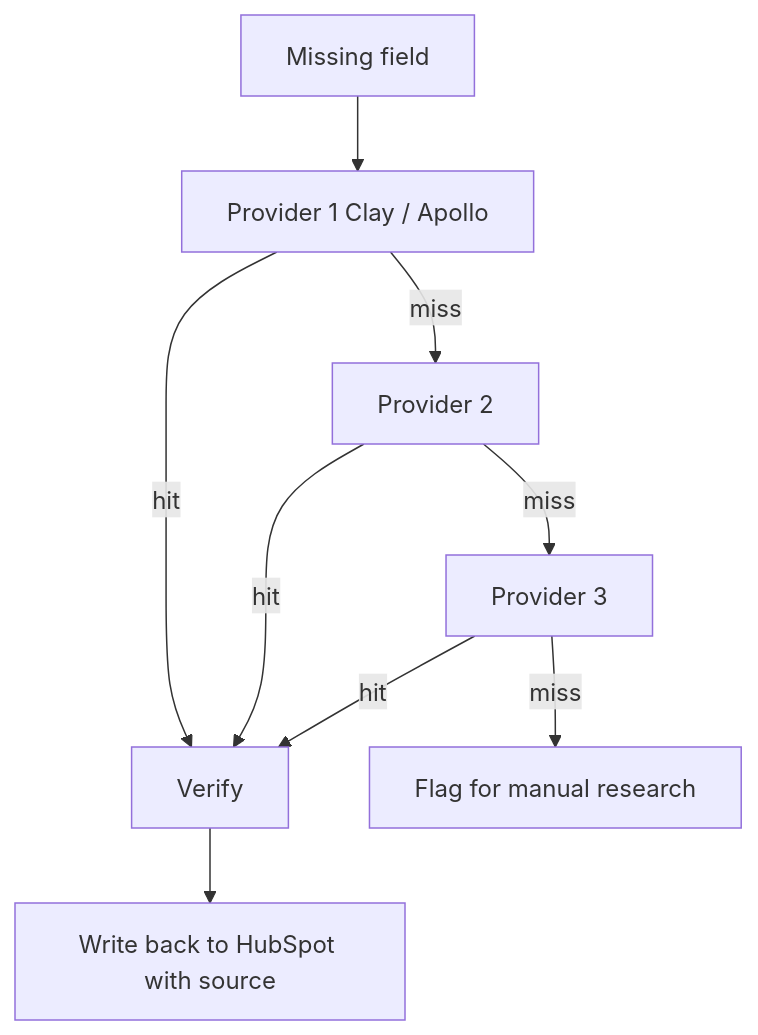
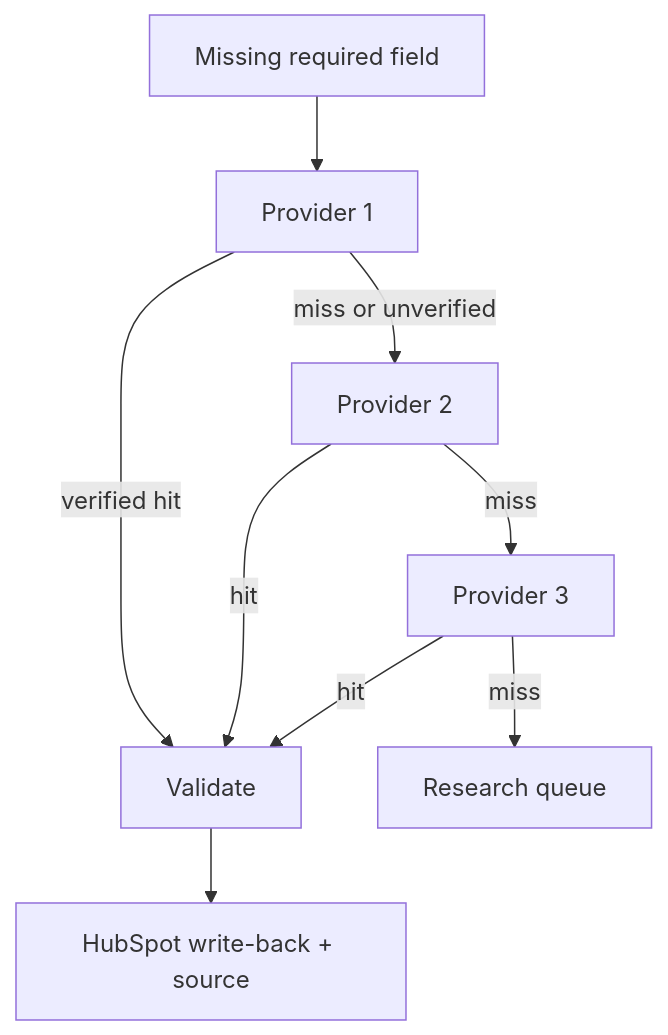
One commit to digital-experts-team/AI-Growth-Portfolio changed the diagram in src/content/workflows/waterfall-enrichment.md. Above: the diagram before and after it, drawn with Mermaid. The commit also changed other lines of this file, not shown here.

````diff
--- a/src/content/workflows/waterfall-enrichment.md
+++ b/src/content/workflows/waterfall-enrichment.md
@@ -48,11 +44,11 @@
 ```mermaid
-graph TD
-    A[Missing field] --> B[Provider 1 Clay / Apollo]
-    B -->|hit| C[Verify]
-    B -->|miss| D[Provider 2]
-    D -->|hit| C
-    D -->|miss| E[Provider 3]
-    E -->|hit| C
-    E -->|miss| F[Flag for manual research]
-    C --> G[Write back to HubSpot with source]
+flowchart TD
+  A[Missing required field] --> B[Provider 1]
+  B -->|verified hit| V[Validate]
+  B -->|miss or unverified| C[Provider 2]
+  C -->|hit| V
+  C -->|miss| D[Provider 3]
+  D -->|hit| V
+  D -->|miss| F[Research queue]
+  V --> W[HubSpot write-back + source]
 ```
````
